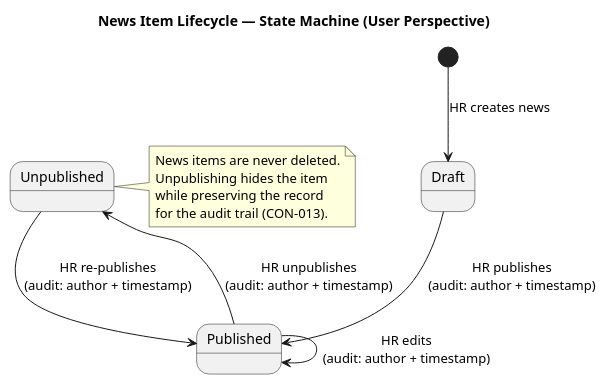
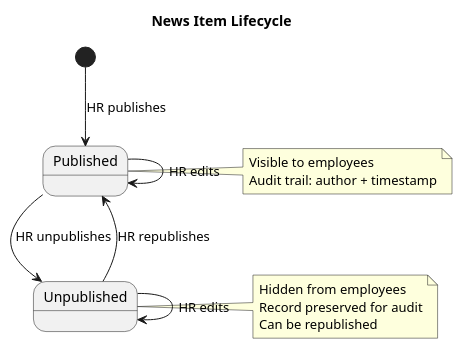
One commit to banense-test/portal-cuba-corp changed the seventh of 11 diagrams in docs/artifacts/deployment/user-documentation.md. Above: the diagram before and after it, drawn with PlantUML. The commit also changed other lines of this file, not shown here.

First line of the commit message:
Technical Writer [C4]: upsert User Documentation

````diff
--- a/docs/artifacts/deployment/user-documentation.md
+++ b/docs/artifacts/deployment/user-documentation.md
@@ -354,25 +336,25 @@
 ```plantuml
 @startuml
-title News Item Lifecycle — State Machine (User Perspective)
+title News Item Lifecycle
 
 skinparam stateStyle rounded
 
-[*] --> Draft : HR creates news
+[*] --> Published : HR publishes
+Published --> Published : HR edits
+Published --> Unpublished : HR unpublishes
+Unpublished --> Published : HR republishes
+Unpublished --> Unpublished : HR edits
 
-Draft --> Published : HR publishes\n(audit: author + timestamp)
-
-Published --> Published : HR edits\n(audit: author + timestamp)
-
-Published --> Unpublished : HR unpublishes\n(audit: author + timestamp)
-
-Unpublished --> Published : HR re-publishes\n(audit: author + timestamp)
+note right of Published
+  Visible to employees
+  Audit trail: author + timestamp
+end note
 
 note right of Unpublished
-  News items are never deleted.
-  Unpublishing hides the item
-  while preserving the record
-  for the audit trail (CON-013).
+  Hidden from employees
+  Record preserved for audit
+  Can be republished
 end note
 
 @enduml
 ```
````
